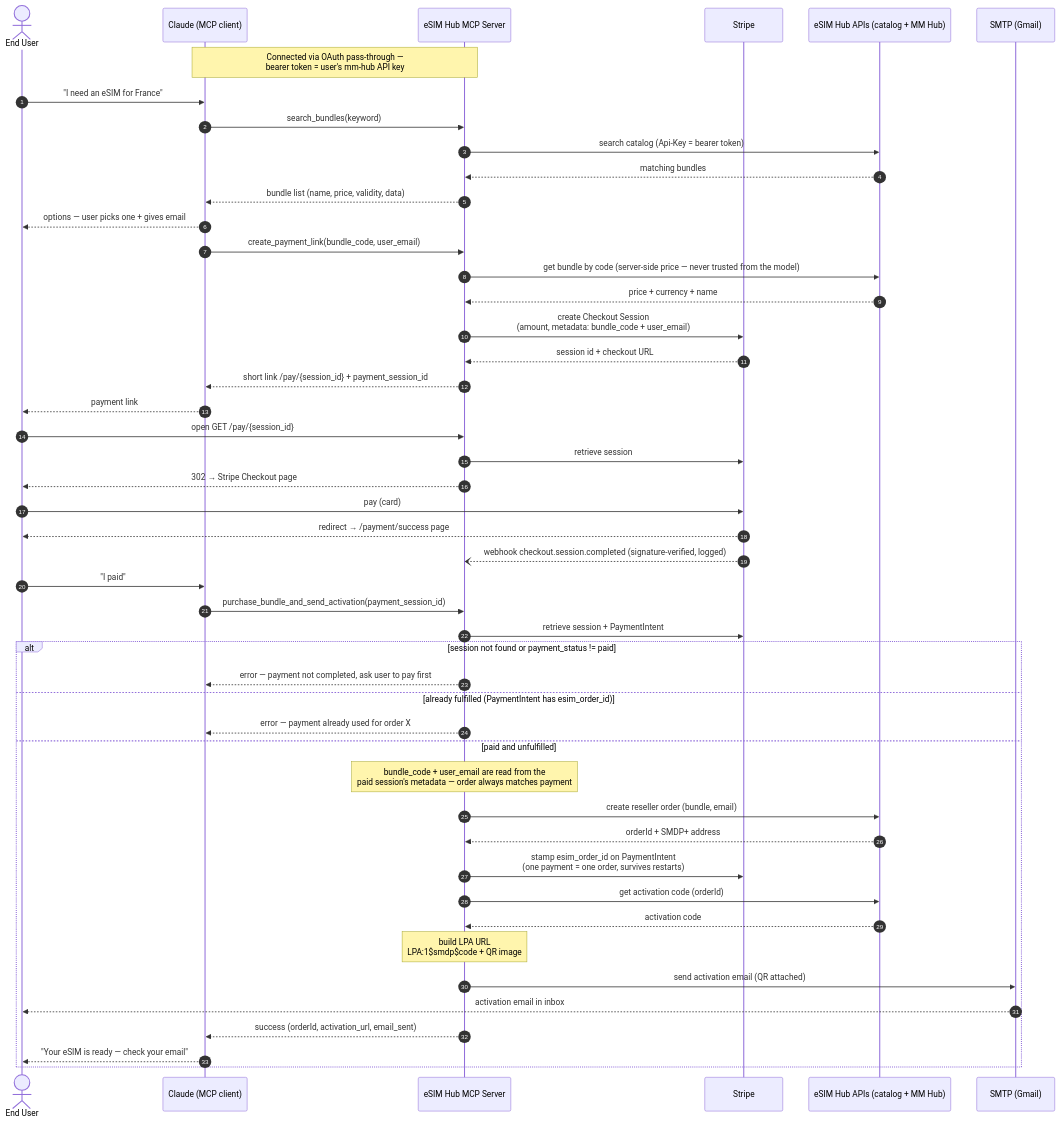
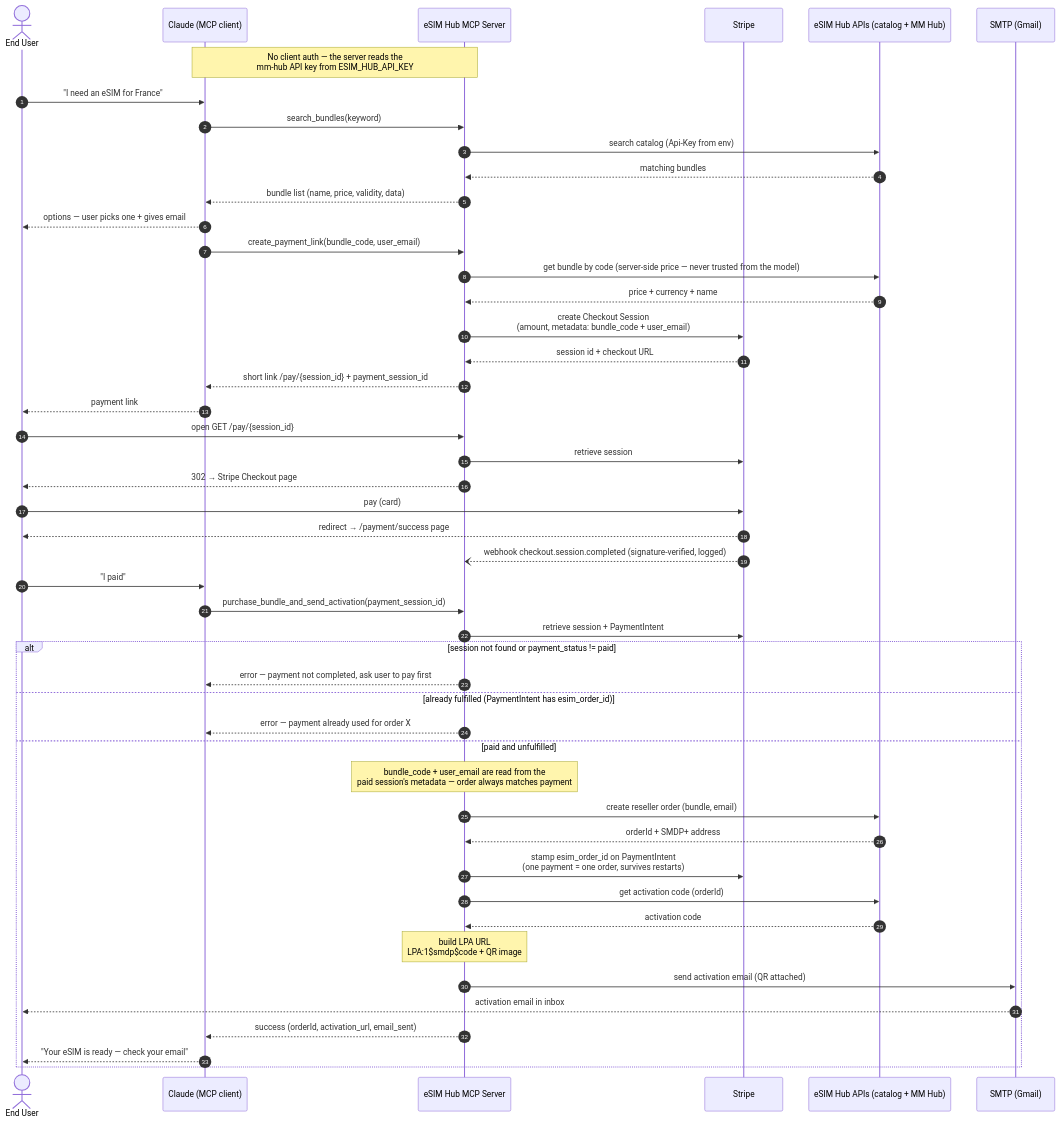
Before and after one commit to samah-jamal-monty/monty-esim-hub-mcp: the diagram in docs/purchase-flow-sequence.mmd, drawn with Mermaid. The commit also changed 9 other files, not shown here.

First line of the commit message:
Remove OAuth; read the mm-hub API key from ESIM_HUB_API_KEY env var

```diff
--- a/docs/purchase-flow-sequence.mmd
+++ b/docs/purchase-flow-sequence.mmd
@@ -1,54 +1,54 @@
 sequenceDiagram
     autonumber
     actor User as End User
     participant Claude as Claude (MCP client)
     participant MCP as eSIM Hub MCP Server
     participant Stripe
     participant Hub as eSIM Hub APIs (catalog + MM Hub)
     participant SMTP as SMTP (Gmail)
 
-    Note over Claude,MCP: Connected via OAuth pass-through —<br/>bearer token = user's mm-hub API key
+    Note over Claude,MCP: No client auth — the server reads the<br/>mm-hub API key from ESIM_HUB_API_KEY
 
     User->>Claude: "I need an eSIM for France"
     Claude->>MCP: search_bundles(keyword)
-    MCP->>Hub: search catalog (Api-Key = bearer token)
+    MCP->>Hub: search catalog (Api-Key from env)
     Hub-->>MCP: matching bundles
     MCP-->>Claude: bundle list (name, price, validity, data)
     Claude-->>User: options — user picks one + gives email
 
     Claude->>MCP: create_payment_link(bundle_code, user_email)
     MCP->>Hub: get bundle by code (server-side price — never trusted from the model)
     Hub-->>MCP: price + currency + name
     MCP->>Stripe: create Checkout Session<br/>(amount, metadata: bundle_code + user_email)
     Stripe-->>MCP: session id + checkout URL
     MCP-->>Claude: short link /pay/{session_id} + payment_session_id
     Claude-->>User: payment link
 
     User->>MCP: open GET /pay/{session_id}
     MCP->>Stripe: retrieve session
     MCP-->>User: 302 → Stripe Checkout page
     User->>Stripe: pay (card)
     Stripe-->>User: redirect → /payment/success page
     Stripe--)MCP: webhook checkout.session.completed (signature-verified, logged)
 
     User->>Claude: "I paid"
     Claude->>MCP: purchase_bundle_and_send_activation(payment_session_id)
     MCP->>Stripe: retrieve session + PaymentIntent
 
     alt session not found or payment_status != paid
         MCP-->>Claude: error — payment not completed, ask user to pay first
     else already fulfilled (PaymentIntent has esim_order_id)
         MCP-->>Claude: error — payment already used for order X
     else paid and unfulfilled
         Note over MCP: bundle_code + user_email are read from the<br/>paid session's metadata — order always matches payment
         MCP->>Hub: create reseller order (bundle, email)
         Hub-->>MCP: orderId + SMDP+ address
         MCP->>Stripe: stamp esim_order_id on PaymentIntent<br/>(one payment = one order, survives restarts)
         MCP->>Hub: get activation code (orderId)
         Hub-->>MCP: activation code
         Note over MCP: build LPA URL<br/>LPA:1$smdp$code + QR image
         MCP->>SMTP: send activation email (QR attached)
         SMTP-->>User: activation email in inbox
         MCP-->>Claude: success (orderId, activation_url, email_sent)
         Claude-->>User: "Your eSIM is ready — check your email"
     end
```
